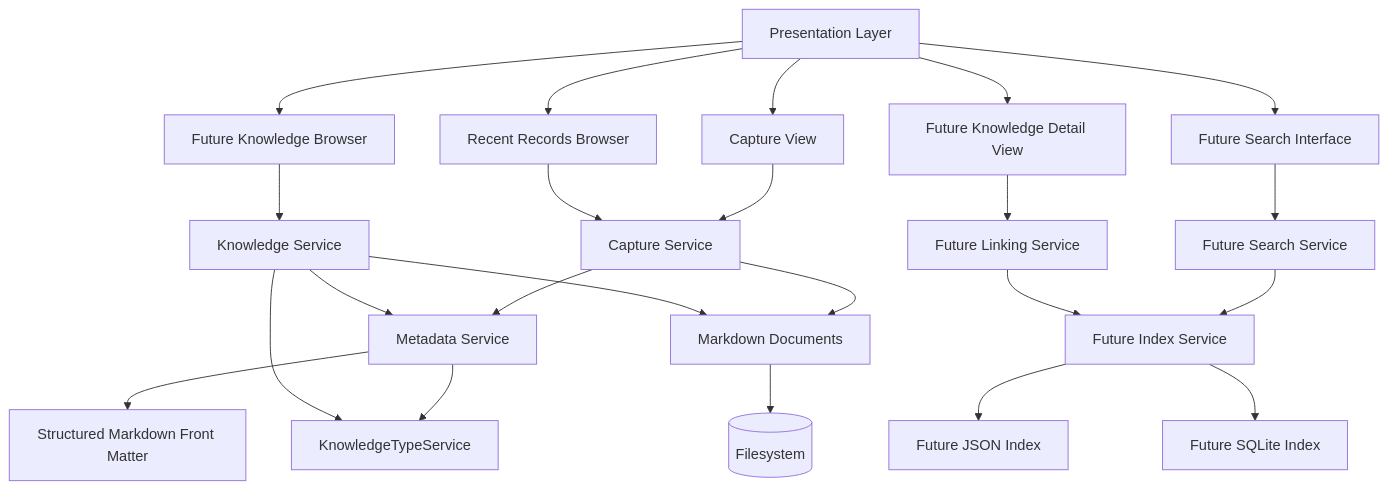
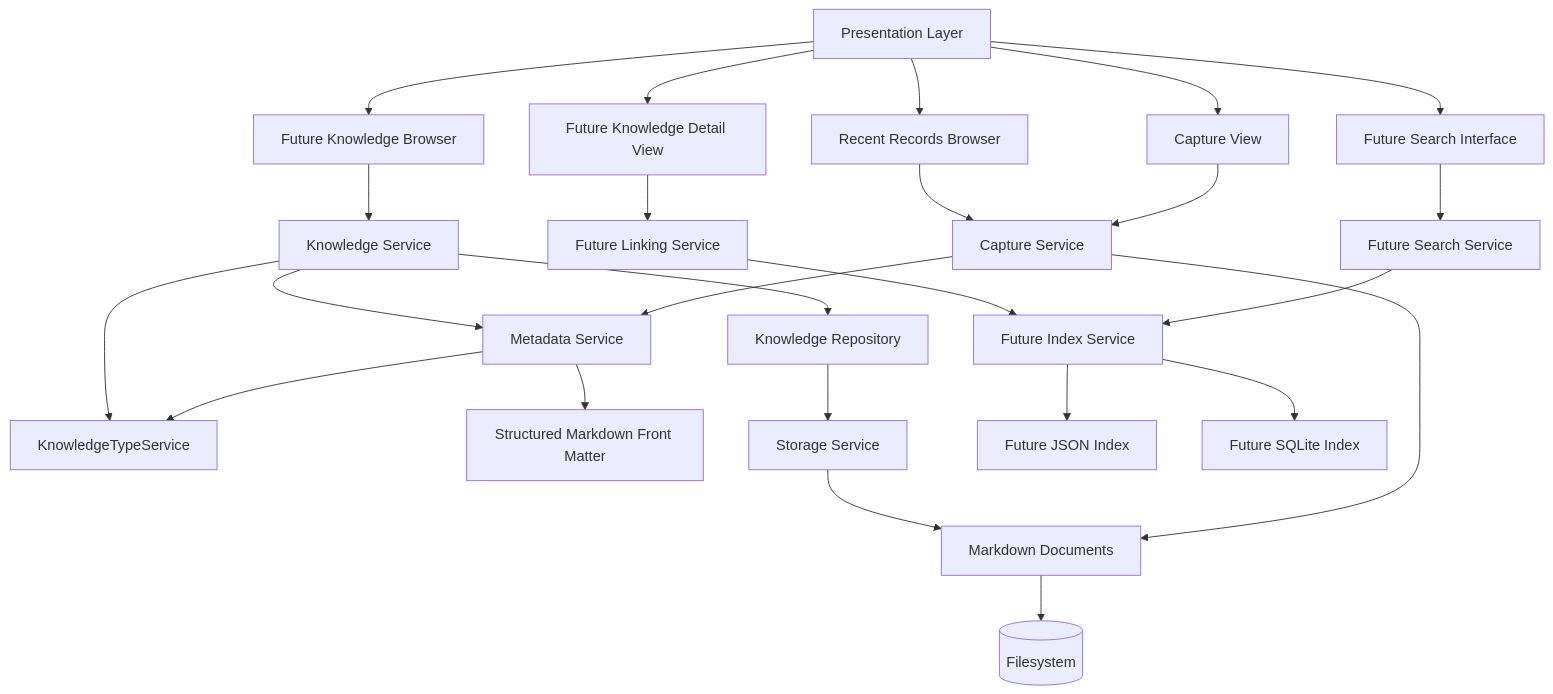
The diagram in docs/Architecture.md (2511677586/LifeOS), drawn with Mermaid before and after one commit. The commit also changed other lines of this file and 6 other files, not shown here.

Commit message:
feat: add Knowledge Repository

````diff
--- a/docs/Architecture.md
+++ b/docs/Architecture.md
@@ -89,28 +98,30 @@
 ```mermaid
 graph TD
     UI[Presentation Layer] --> CV[Capture View]
     UI --> RB[Recent Records Browser]
     UI --> KB[Future Knowledge Browser]
     UI --> SI[Future Search Interface]
     UI --> DV[Future Knowledge Detail View]
 
     CV --> CS[Capture Service]
     RB --> CS
     KB --> KS[Knowledge Service]
     SI --> SS[Future Search Service]
     DV --> LS[Future Linking Service]
 
     CS --> MS[Metadata Service]
     MS --> KTS[KnowledgeTypeService]
+    KS --> KR[Knowledge Repository]
     KS --> MS
     KS --> KTS
     MS --> SD[Structured Markdown Front Matter]
     CS --> MD[Markdown Documents]
-    KS --> MD
+    KR --> ST[Storage Service]
+    ST --> MD
     SS --> IX[Future Index Service]
     LS --> IX
 
     MD --> FS[(Filesystem)]
     IX --> JI[Future JSON Index]
     IX --> SQ[Future SQLite Index]
 ```
````
